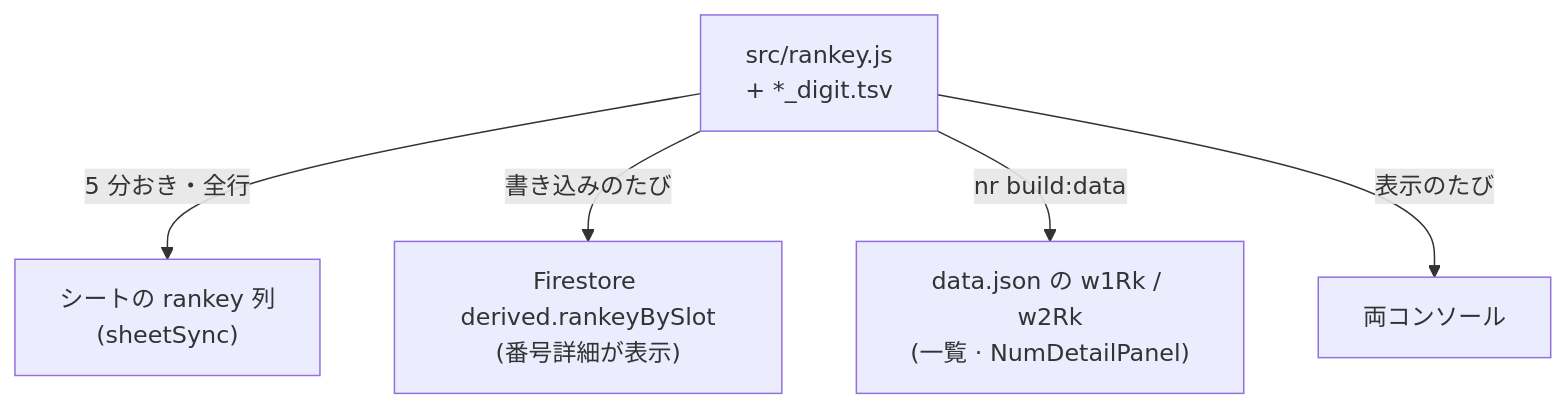
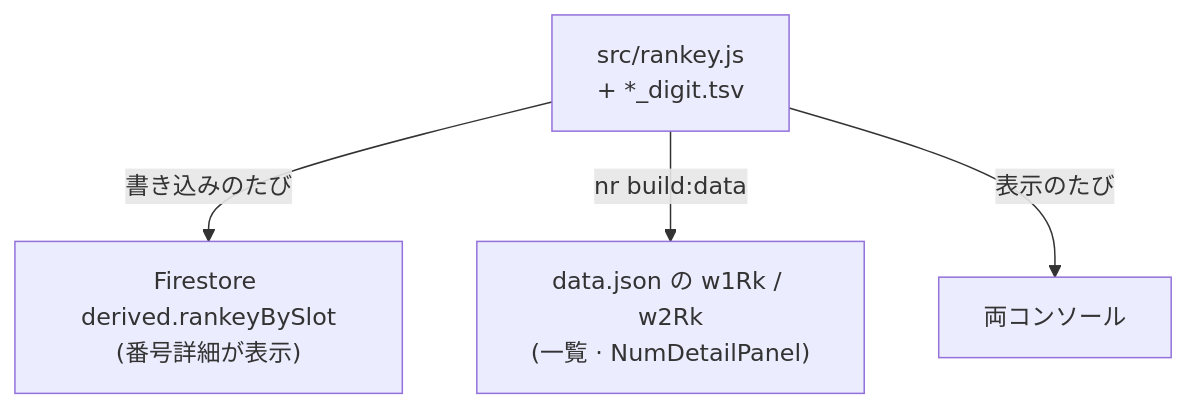
Before and after one commit to elzup/999: the fifth of 5 diagrams in docs/data-flow.md, drawn with Mermaid. The commit also changed other lines of this file and 9 other files, not shown here.

First line of the commit message:
revert: シートの rankey 列を sheetSync が書く変更 (PR #27) を取り消す

````diff
--- a/docs/data-flow.md
+++ b/docs/data-flow.md
@@ -467,8 +467,7 @@
 ```mermaid
 flowchart TB
   RK["src/rankey.js<br/>+ *_digit.tsv"]
-  RK -->|"5 分おき・全行"| Sheet["シートの rankey 列<br/>(sheetSync)"]
   RK -->|"書き込みのたび"| Der["Firestore derived.rankeyBySlot<br/>(番号詳細が表示)"]
   RK -->|"nr build:data"| Viz["data.json の w1Rk / w2Rk<br/>(一覧 · NumDetailPanel)"]
   RK -->|"表示のたび"| Con["両コンソール"]
 ```
````
